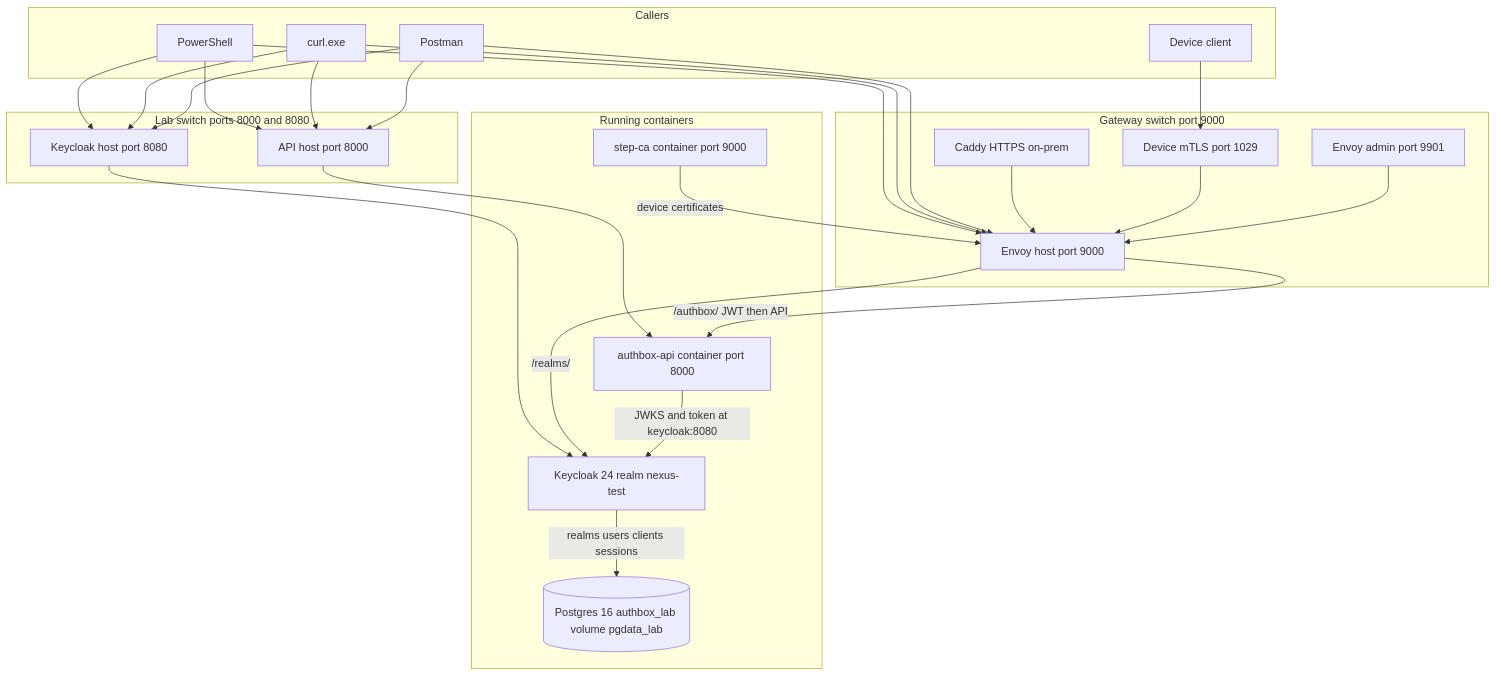
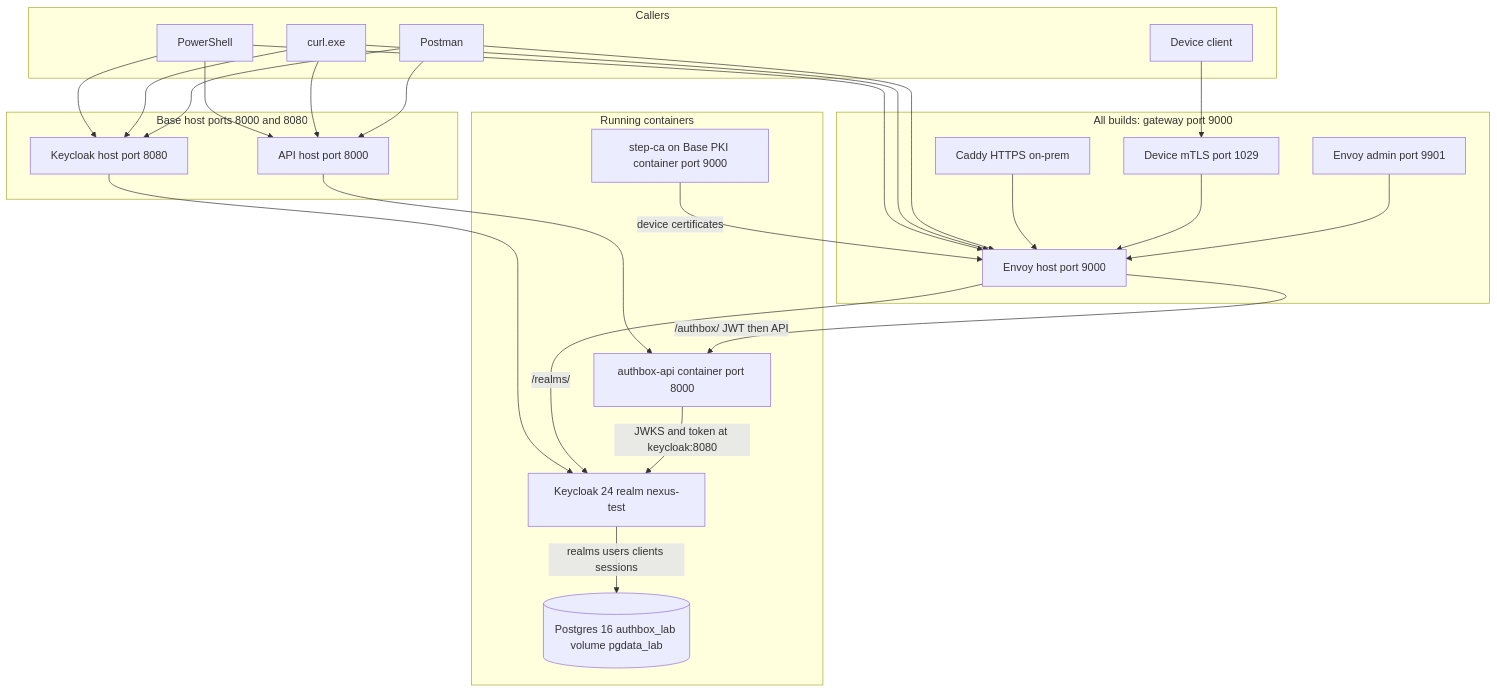
Before and after one commit to Grep-Digital/gd-releases: the diagram in gd-authbox/build-2610221736/release/TECHNICAL-REFERENCE.md, drawn with Mermaid. The commit also changed other lines of this file and 11 other files, not shown here.

````diff
--- a/gd-authbox/build-2610221736/release/TECHNICAL-REFERENCE.md
+++ b/gd-authbox/build-2610221736/release/TECHNICAL-REFERENCE.md
@@ -10,49 +27,49 @@
 ```mermaid
 flowchart TB
   subgraph callers [Callers]
     ps[PowerShell]
     curl[curl.exe]
     postman[Postman]
     device[Device client]
   end
 
-  subgraph direct [Lab switch ports 8000 and 8080]
+  subgraph basePorts [Base host ports 8000 and 8080]
     apiHost["API host port 8000"]
     kcHost["Keycloak host port 8080"]
   end
 
-  subgraph edge [Gateway switch port 9000]
+  subgraph edge [All builds: gateway port 9000]
     caddy[Caddy HTTPS on-prem]
     envoy["Envoy host port 9000"]
     admin["Envoy admin port 9901"]
     mtls["Device mTLS port 1029"]
   end
 
   subgraph net [Running containers]
     api["authbox-api container port 8000"]
     kc["Keycloak 24 realm nexus-test"]
     pg[("Postgres 16 authbox_lab volume pgdata_lab")]
-    ca["step-ca container port 9000"]
+    ca["step-ca on Base PKI container port 9000"]
   end
 
   ps --> apiHost
   ps --> kcHost
   curl --> apiHost
   curl --> kcHost
   postman --> apiHost
   postman --> kcHost
   ps --> envoy
   curl --> envoy
   postman --> envoy
   device --> mtls
   caddy --> envoy
   apiHost --> api
   kcHost --> kc
   envoy -->|"/authbox/ JWT then API"| api
   envoy -->|"/realms/"| kc
   mtls --> envoy
   admin --> envoy
   api -->|"JWKS and token at keycloak:8080"| kc
   kc -->|"realms users clients sessions"| pg
   ca -->|"device certificates"| envoy
 ```
````
